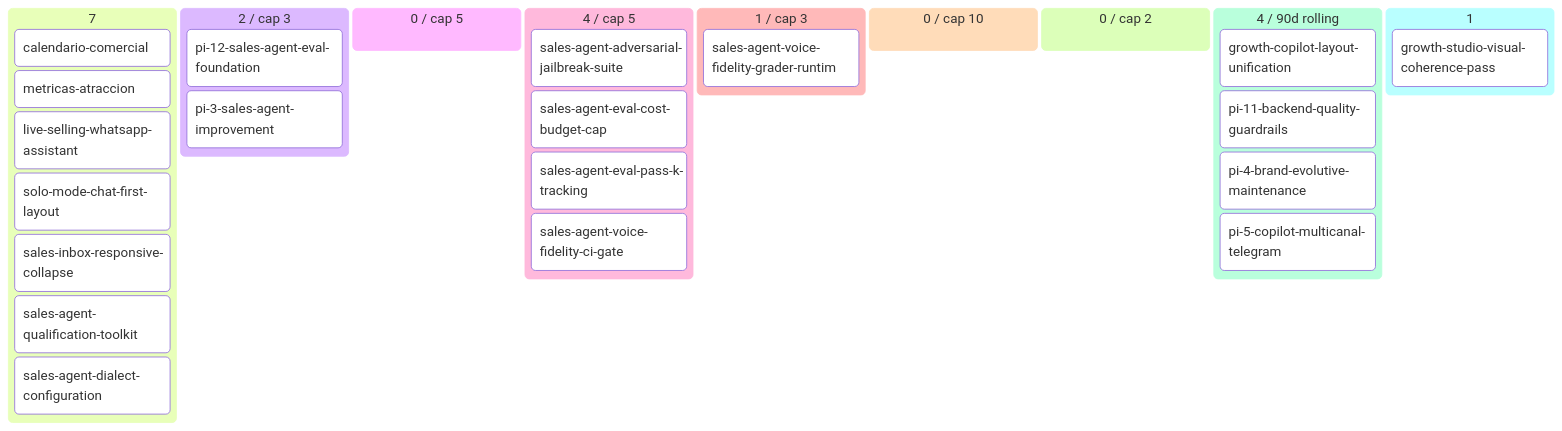
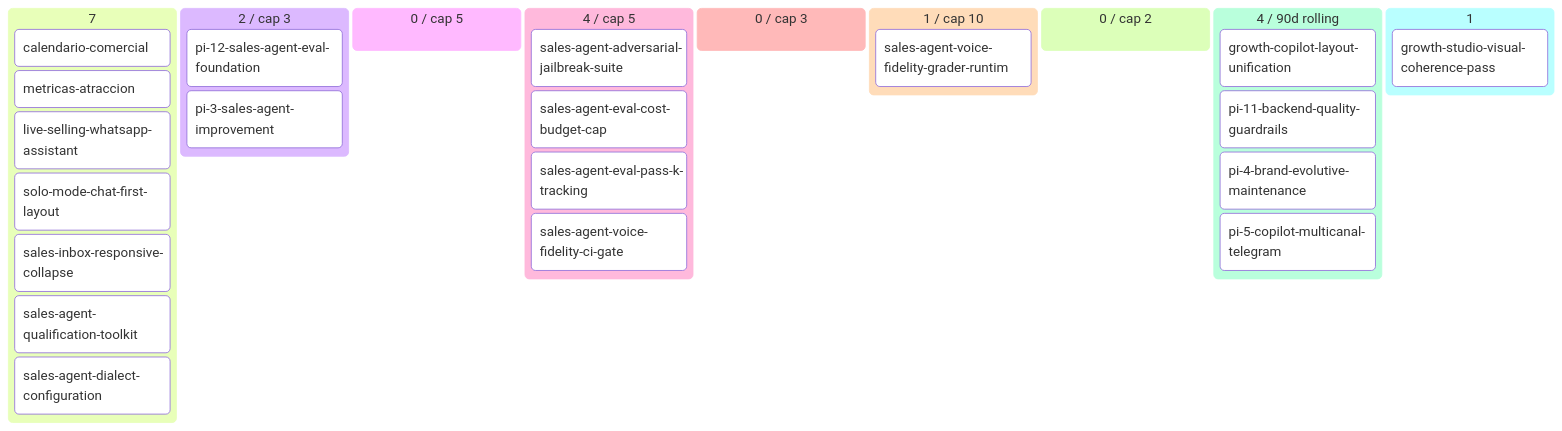
One commit to alpacapurpura/ap_sales_agent changed the diagram in docs/product/BACKLOG.md. Above: the diagram before and after it, drawn with Mermaid. The commit also changed other lines of this file and 2 other files, not shown here.

First line of the commit message:
chore(eval-grader): Story E checkpoint developing→developed (10/10 tickets shipped)

````diff
--- a/docs/product/BACKLOG.md
+++ b/docs/product/BACKLOG.md
@@ -57,31 +57,31 @@
 ```mermaid
 kanban
   💡 Ideas (7)
     calendario-comercial[calendario-comercial]
     metricas-atraccion[metricas-atraccion]
     live-selling-whatsapp-assistan[live-selling-whatsapp-assistant]
     solo-mode-chat-first-layout[solo-mode-chat-first-layout]
     sales-inbox-responsive-collaps[sales-inbox-responsive-collapse]
     sales-agent-qualification-tool[sales-agent-qualification-toolkit]
     sales-agent-dialect-configurat[sales-agent-dialect-configuration]
   🔬 Refining (2 / cap 3)
     pi-12-sales-agent-eval-foundat[pi-12-sales-agent-eval-foundation]
     pi-3-sales-agent-improvement[pi-3-sales-agent-improvement]
   ✅ Refined (0 / cap 5)
   📦 Ready (4 / cap 5)
     sales-agent-adversarial-jailbr[sales-agent-adversarial-jailbreak-suite]
     sales-agent-eval-cost-budget-c[sales-agent-eval-cost-budget-cap]
     sales-agent-eval-pass-k-tracki[sales-agent-eval-pass-k-tracking]
     sales-agent-voice-fidelity-ci-[sales-agent-voice-fidelity-ci-gate]
-  🔨 Developing (1 / cap 3)
+  🔨 Developing (0 / cap 3)
+  🧪 Developed (1 / cap 10)
     sales-agent-voice-fidelity-gra[sales-agent-voice-fidelity-grader-runtim]
-  🧪 Developed (0 / cap 10)
   🔍 Reviewing (0 / cap 2)
   ✅ Done (4 / 90d rolling)
     growth-copilot-layout-unificat[growth-copilot-layout-unification]
     pi-11-backend-quality-guardrai[pi-11-backend-quality-guardrails]
     pi-4-brand-evolutive-maintenan[pi-4-brand-evolutive-maintenance]
     pi-5-copilot-multicanal-telegr[pi-5-copilot-multicanal-telegram]
   🅿 Parked (1)
     growth-studio-visual-coherence[growth-studio-visual-coherence-pass]
 ```
````
